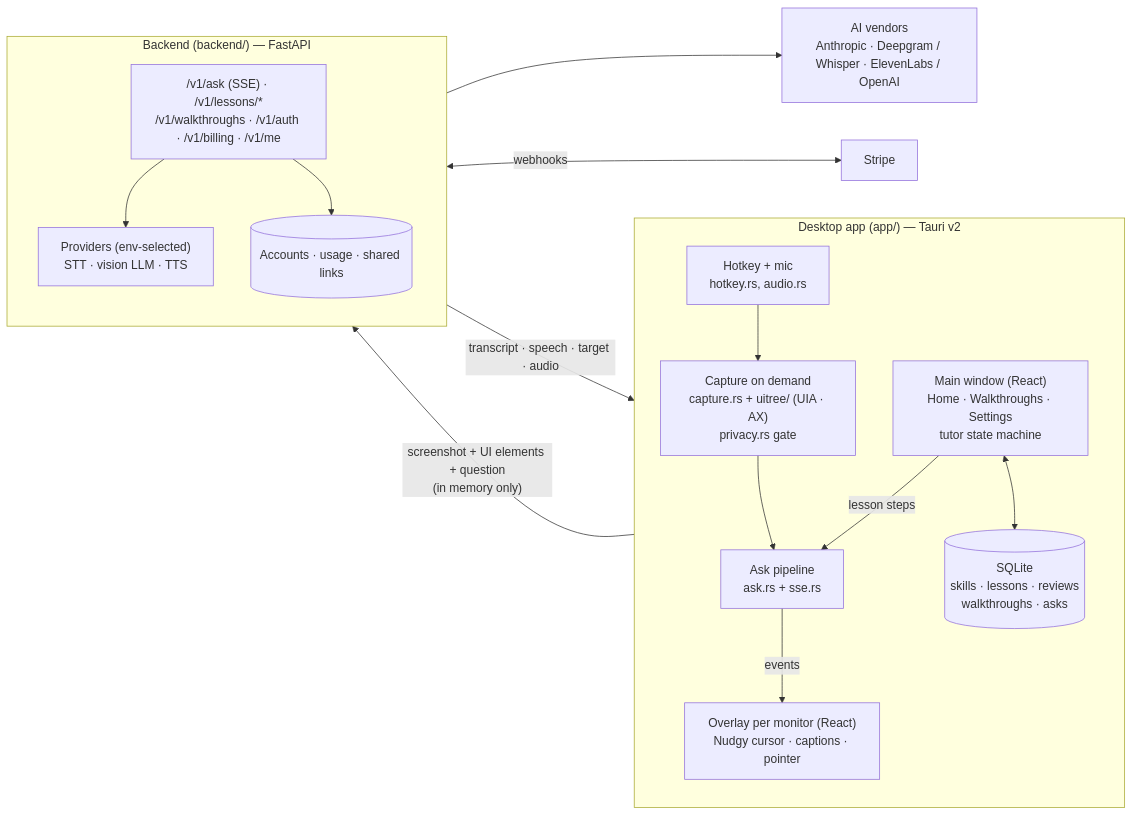
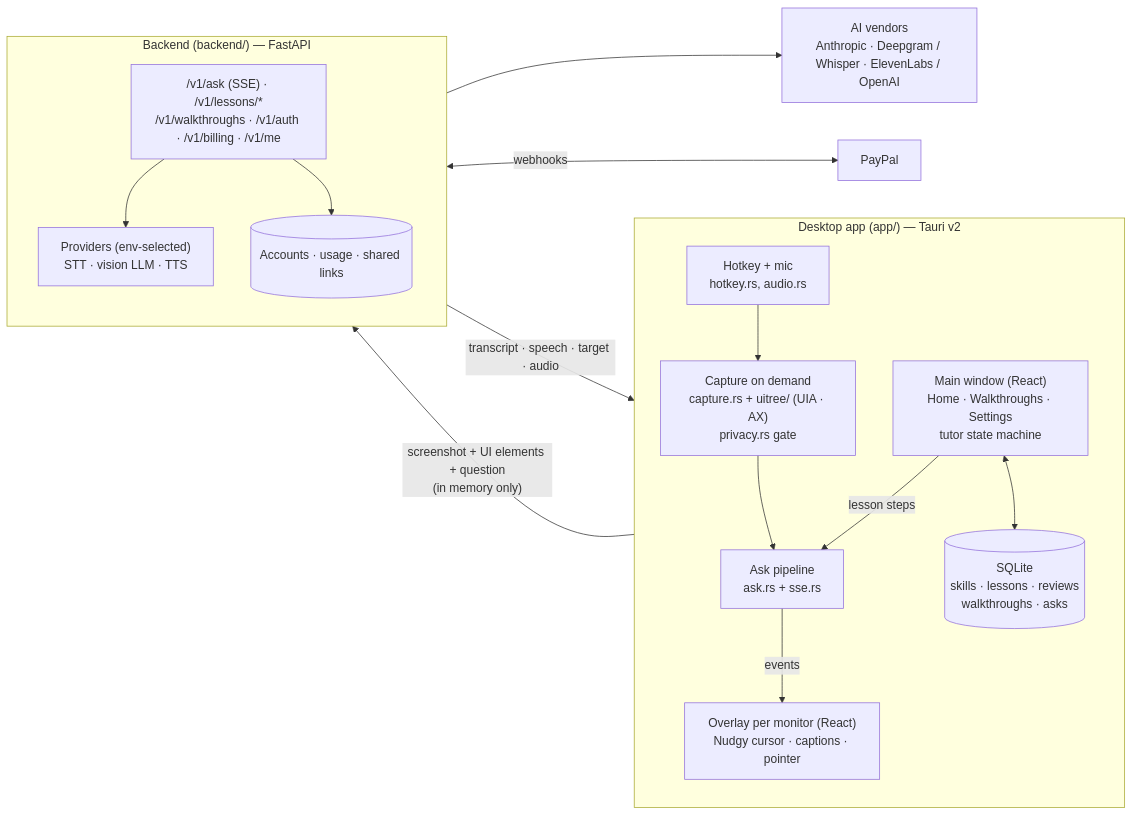
Before and after one commit to heyanandu08-max/Nudgy: the diagram in README.md, drawn with Mermaid. The commit also changed other lines of this file and 22 other files, not shown here.

First line of the commit message:
Payments: PayPal subscriptions instead of Stripe

````diff
--- a/README.md
+++ b/README.md
@@ -23,30 +23,30 @@
 ```mermaid
 flowchart LR
   subgraph Desktop["Desktop app (app/) — Tauri v2"]
     direction TB
     HK["Hotkey + mic<br/>hotkey.rs, audio.rs"]
     CAP["Capture on demand<br/>capture.rs + uitree/ (UIA · AX)<br/>privacy.rs gate"]
     ASK["Ask pipeline<br/>ask.rs + sse.rs"]
     OV["Overlay per monitor (React)<br/>Nudgy cursor · captions · pointer"]
     MAIN["Main window (React)<br/>Home · Walkthroughs · Settings<br/>tutor state machine"]
     DB[("SQLite<br/>skills · lessons · reviews<br/>walkthroughs · asks")]
     HK --> CAP --> ASK
     ASK -- events --> OV
     MAIN <--> DB
     MAIN -- lesson steps --> ASK
   end
 
   subgraph Server["Backend (backend/) — FastAPI"]
     direction TB
     API["/v1/ask (SSE) · /v1/lessons/*<br/>/v1/walkthroughs · /v1/auth · /v1/billing · /v1/me"]
     PROV["Providers (env-selected)<br/>STT · vision LLM · TTS"]
     SDB[("Accounts · usage · shared links")]
     API --> PROV
     API --> SDB
   end
 
   ASK -- "screenshot + UI elements + question<br/>(in memory only)" --> API
   API -- "transcript · speech · target · audio" --> ASK
   PROV --> V["AI vendors<br/>Anthropic · Deepgram / Whisper · ElevenLabs / OpenAI"]
-  API <-- webhooks --> STRIPE["Stripe"]
+  API <-- webhooks --> PAYPAL["PayPal"]
 ```
````
